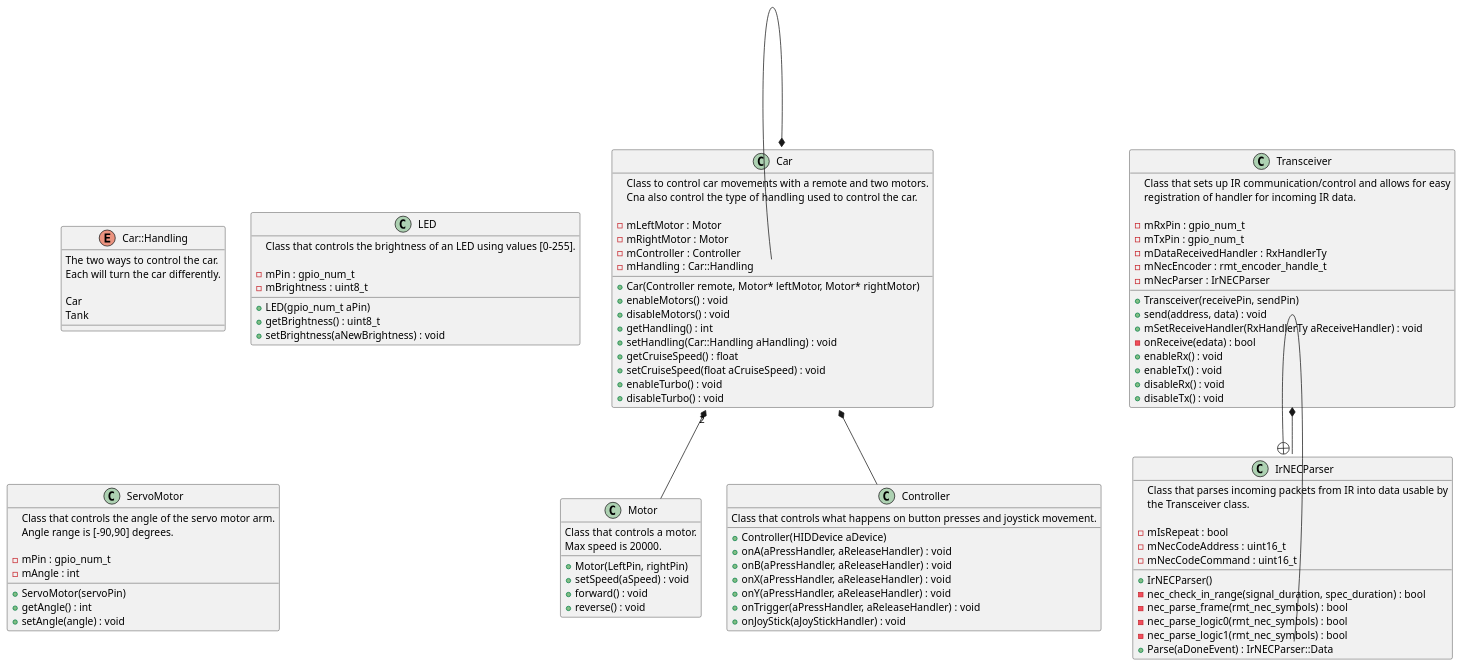
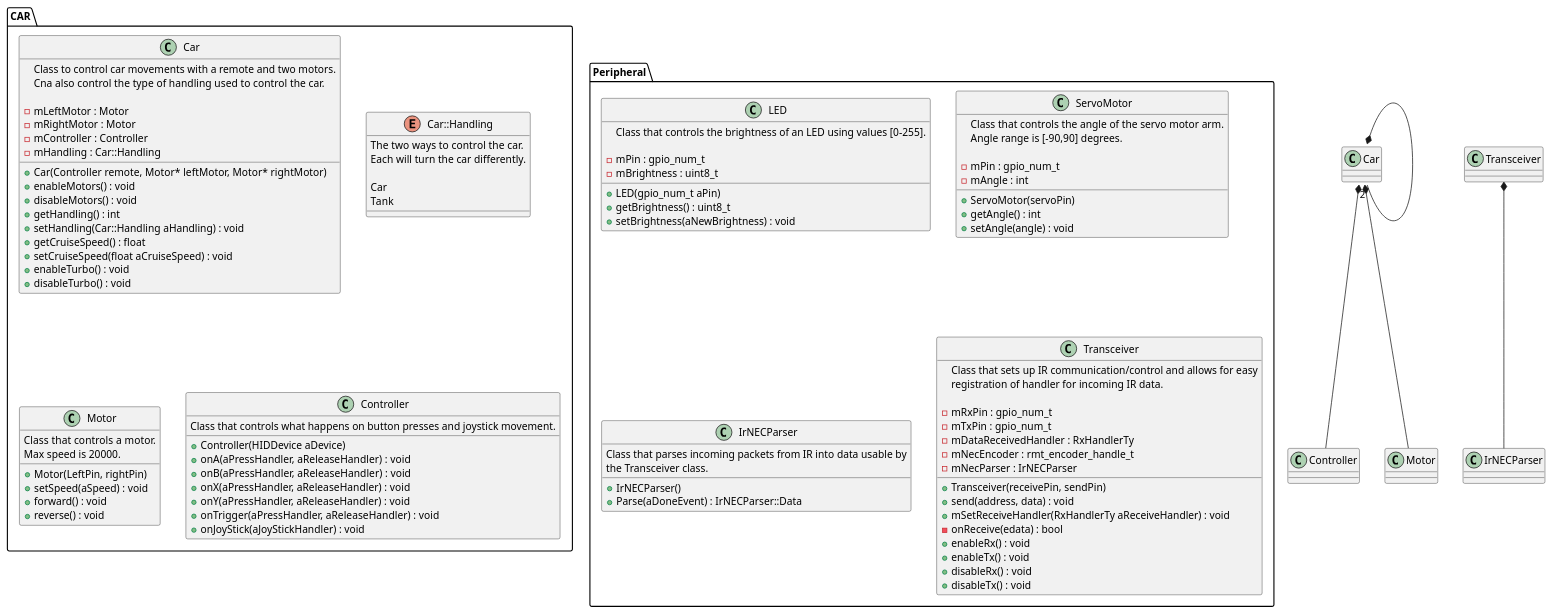
The diagram in Student.puml (MatthewColvin/ESP32-Car), drawn with PlantUML before and after one commit. The commit also changed 2 other files, not shown here.

Commit message:
add updates to student puml and check in pngs for easy viewing.

```diff
--- a/Student.puml
+++ b/Student.puml
@@ -1,121 +1,119 @@
 @startuml
 
 /' Objects '/
 
-class Car {
-        Class to control car movements with a remote and two motors.
-        Cna also control the type of handling used to control the car.
+package "CAR"{
+        class Car {
+                Class to control car movements with a remote and two motors.
+                Cna also control the type of handling used to control the car.
 
-        +Car(Controller remote, Motor* leftMotor, Motor* rightMotor)
-        -mLeftMotor : Motor
-        -mRightMotor : Motor
-        -mController : Controller
-        -mHandling : Car::Handling
-        +enableMotors() : void
-        +disableMotors() : void
-        +getHandling() : int
-        +setHandling(Car::Handling aHandling) : void
-        +getCruiseSpeed() : float
-        +setCruiseSpeed(float aCruiseSpeed) : void
-        +enableTurbo() : void
-        +disableTurbo() : void
+                +Car(Controller remote, Motor* leftMotor, Motor* rightMotor)
+                -mLeftMotor : Motor
+                -mRightMotor : Motor
+                -mController : Controller
+                -mHandling : Car::Handling
+                +enableMotors() : void
+                +disableMotors() : void
+                +getHandling() : int
+                +setHandling(Car::Handling aHandling) : void
+                +getCruiseSpeed() : float
+                +setCruiseSpeed(float aCruiseSpeed) : void
+                +enableTurbo() : void
+                +disableTurbo() : void
+        }
+
+        enum Car::Handling {
+                The two ways to control the car.
+                Each will turn the car differently.
+
+                Car
+                Tank
+        }
+
+        class Motor {
+                Class that controls a motor.
+                Max speed is 20000.
+                
+                +Motor(LeftPin, rightPin)
+                +setSpeed(aSpeed) : void
+                +forward() : void
+                +reverse() : void
+        }
+
+        class Controller {
+                Class that controls what happens on button presses and joystick movement.
+
+                +Controller(HIDDevice aDevice)
+                +onA(aPressHandler, aReleaseHandler) : void
+                +onB(aPressHandler, aReleaseHandler) : void
+                +onX(aPressHandler, aReleaseHandler) : void
+                +onY(aPressHandler, aReleaseHandler) : void
+                +onTrigger(aPressHandler, aReleaseHandler) : void
+                +onJoyStick(aJoyStickHandler) : void
+        }
 }
 
-enum Car::Handling {
-        The two ways to control the car.
-        Each will turn the car differently.
-
-        Car
-        Tank
-}
-
-class Motor {
-        Class that controls a motor.
-        Max speed is 20000.
+Package "Peripheral"{
         
-        +Motor(LeftPin, rightPin)
-        +setSpeed(aSpeed) : void
-        +forward() : void
-        +reverse() : void
-}
-
-class Controller {
-        Class that controls what happens on button presses and joystick movement.
-
-        +Controller(HIDDevice aDevice)
-        +onA(aPressHandler, aReleaseHandler) : void
-        +onB(aPressHandler, aReleaseHandler) : void
-        +onX(aPressHandler, aReleaseHandler) : void
-        +onY(aPressHandler, aReleaseHandler) : void
-        +onTrigger(aPressHandler, aReleaseHandler) : void
-        +onJoyStick(aJoyStickHandler) : void
-}
-
-class LED {
+        class LED {
         Class that controls the brightness of an LED using values [0-255].
 
         +LED(gpio_num_t aPin)
         -mPin : gpio_num_t
         -mBrightness : uint8_t
         +getBrightness() : uint8_t
         +setBrightness(aNewBrightness) : void
+        }
+
+        class ServoMotor {
+                Class that controls the angle of the servo motor arm.
+                Angle range is [-90,90] degrees.
+
+                +ServoMotor(servoPin)
+                +getAngle() : int
+                +setAngle(angle) : void
+                -mPin : gpio_num_t
+                -mAngle : int
+        }
+
+        class IrNECParser {
+                Class that parses incoming packets from IR into data usable by
+                the Transceiver class. 
+                
+                +IrNECParser()
+                +Parse(aDoneEvent) : IrNECParser::Data
+        }
+
+        class Transceiver {
+                Class that sets up IR communication/control and allows for easy 
+                registration of handler for incoming IR data.
+                
+                +Transceiver(receivePin, sendPin)
+                -mRxPin : gpio_num_t
+                -mTxPin : gpio_num_t
+                -mDataReceivedHandler : RxHandlerTy
+                +send(address, data) : void
+                +mSetReceiveHandler(RxHandlerTy aReceiveHandler) : void
+                -onReceive(edata) : bool
+                +enableRx() : void
+                +enableTx() : void
+                +disableRx() : void
+                +disableTx() : void
+                -mNecEncoder : rmt_encoder_handle_t
+                -mNecParser : IrNECParser
+        }
+
+
+
 }
 
-class ServoMotor {
-        Class that controls the angle of the servo motor arm.
-        Angle range is [-90,90] degrees.
-
-        +ServoMotor(servoPin)
-        +getAngle() : int
-        +setAngle(angle) : void
-        -mPin : gpio_num_t
-        -mAngle : int
-}
-
-class IrNECParser {
-        Class that parses incoming packets from IR into data usable by
-        the Transceiver class. 
-        
-        +IrNECParser()
-        -mIsRepeat : bool
-        -nec_check_in_range(signal_duration, spec_duration) : bool
-        -nec_parse_frame(rmt_nec_symbols) : bool
-        -nec_parse_logic0(rmt_nec_symbols) : bool
-        -nec_parse_logic1(rmt_nec_symbols) : bool
-        +Parse(aDoneEvent) : IrNECParser::Data
-        -mNecCodeAddress : uint16_t
-        -mNecCodeCommand : uint16_t
-}
-
-class Transceiver {
-        Class that sets up IR communication/control and allows for easy 
-        registration of handler for incoming IR data.
-        
-        +Transceiver(receivePin, sendPin)
-        -mRxPin : gpio_num_t
-        -mTxPin : gpio_num_t
-        -mDataReceivedHandler : RxHandlerTy
-        +send(address, data) : void
-        +mSetReceiveHandler(RxHandlerTy aReceiveHandler) : void
-        -onReceive(edata) : bool
-        +enableRx() : void
-        +enableTx() : void
-        +disableRx() : void
-        +disableTx() : void
-        -mNecEncoder : rmt_encoder_handle_t
-        -mNecParser : IrNECParser
-}
 
 /' Aggregation relationships '/
 
 .Car *-- .Car::Handling
 .Car *-- .Controller
 .Car "2" *-- .Motor
 .Transceiver *-- .IrNECParser
 
 
-/' Nested objects '/
-
-.IrNECParser +-- .IrNECParser::Data
-
 @enduml
```
